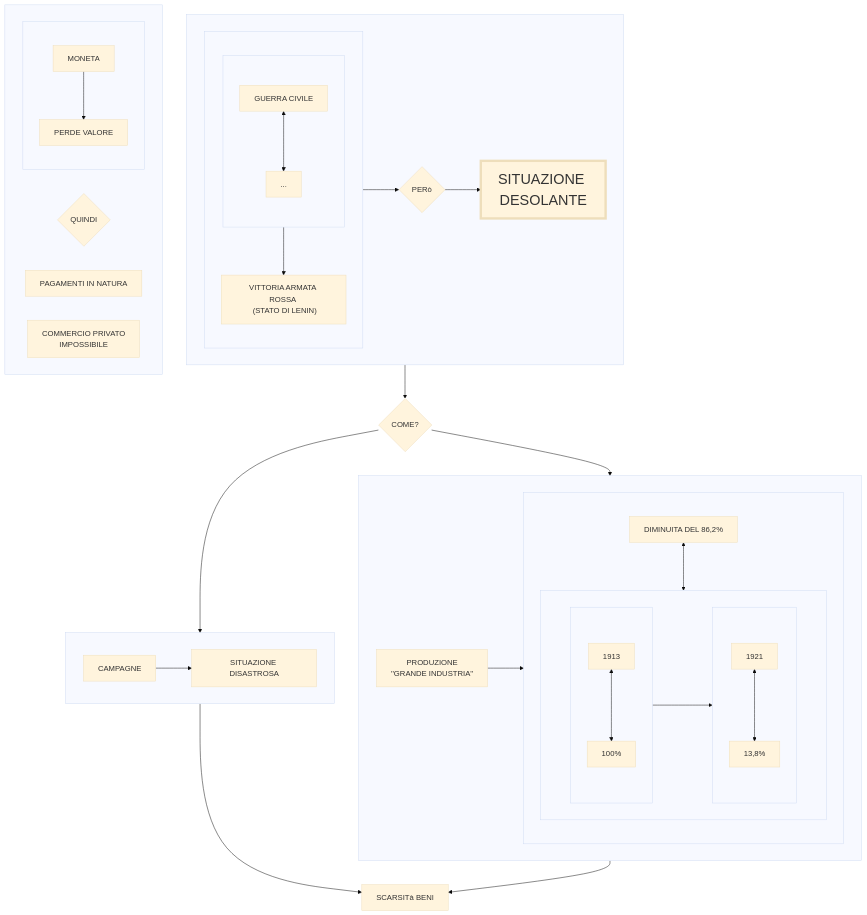
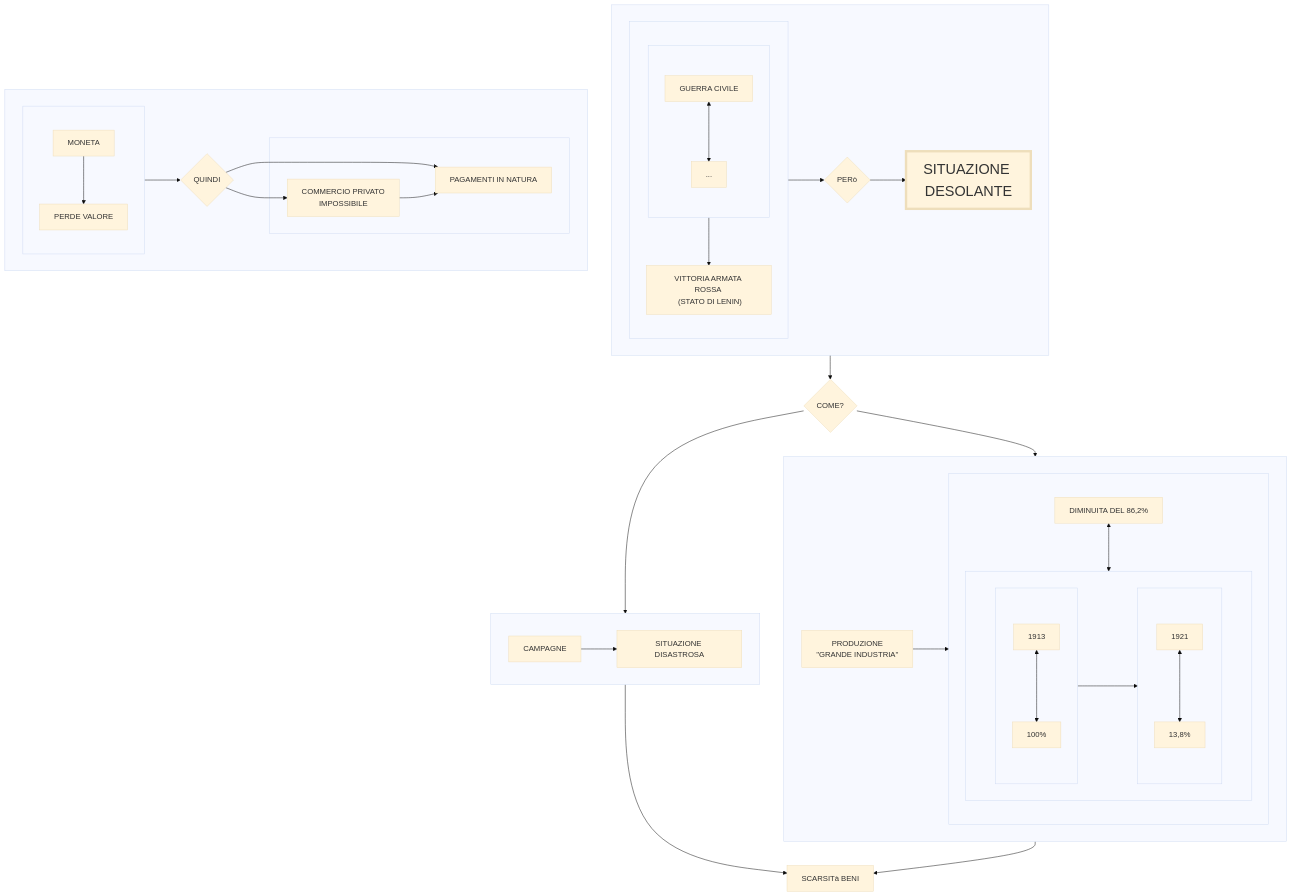
Before and after one commit to Laaouatni/ricerca-storia-MermaidJS: the diagram in prova.md, drawn with Mermaid (base theme).

````diff
--- a/prova.md
+++ b/prova.md
@@ -1,64 +1,68 @@
 ```mermaid
 flowchart TB
     classDef classGrande font-size: 30px, stroke-width: 5px;
     subgraph 017[" "]
       subgraph 016[" "]
         subgraph 01[" "]
           010[GUERRA CIVILE]
           0100[...]
           010 <--> 0100
         end
         011["VITTORIA ARMATA ROSSA <br> (STATO DI LENIN)"]
         01 --> 011
       end
       016 --> 012 --> 013
       012{PERò}
       013[SITUAZIONE DESOLANTE]:::classGrande
     end
     %% 013 --> 014
        017 --> 014
     014{COME?}
     subgraph 2[" "]
       20[PRODUZIONE <br> ''GRANDE INDUSTRIA'']
       subgraph 21[" "]
         200[DIMINUITA DEL 86,2%]
         subgraph 210[" "]
           direction LR;
           subgraph 22[" "]
             direction TB;
             220[1913]
             221[100%]
             220 <-->221
           end
           subgraph 23[" "]
             direction TB;
             230[1921]
             231[13,8%]
             230 <--> 231
           end
           22 --> 23
         end
         200 <--> 210
       end
       20 --> 21
     end
     014 --> 2
     subgraph 3[" "]
       30[CAMPAGNE]
       31[SITUAZIONE DISASTROSA]
       30 --> 31
     end
     014 --> 3
     4[SCARSITà BENI]
     3 & 2 --> 4
     subgraph 5[" "]
       subgraph 50[" "]
         500[MONETA]
         501[PERDE VALORE]
         500 --> 501
       end
       51{QUINDI}
-      52[PAGAMENTI IN NATURA]
-      53[COMMERCIO PRIVATO <br> IMPOSSIBILE]
+      subgraph 54[" "]
+        52[PAGAMENTI IN NATURA]
+        53[COMMERCIO PRIVATO <br> IMPOSSIBILE]
+      end
+      50 --> 51 --> 52 & 53
+      53 --> 52
     end
 ```
````
